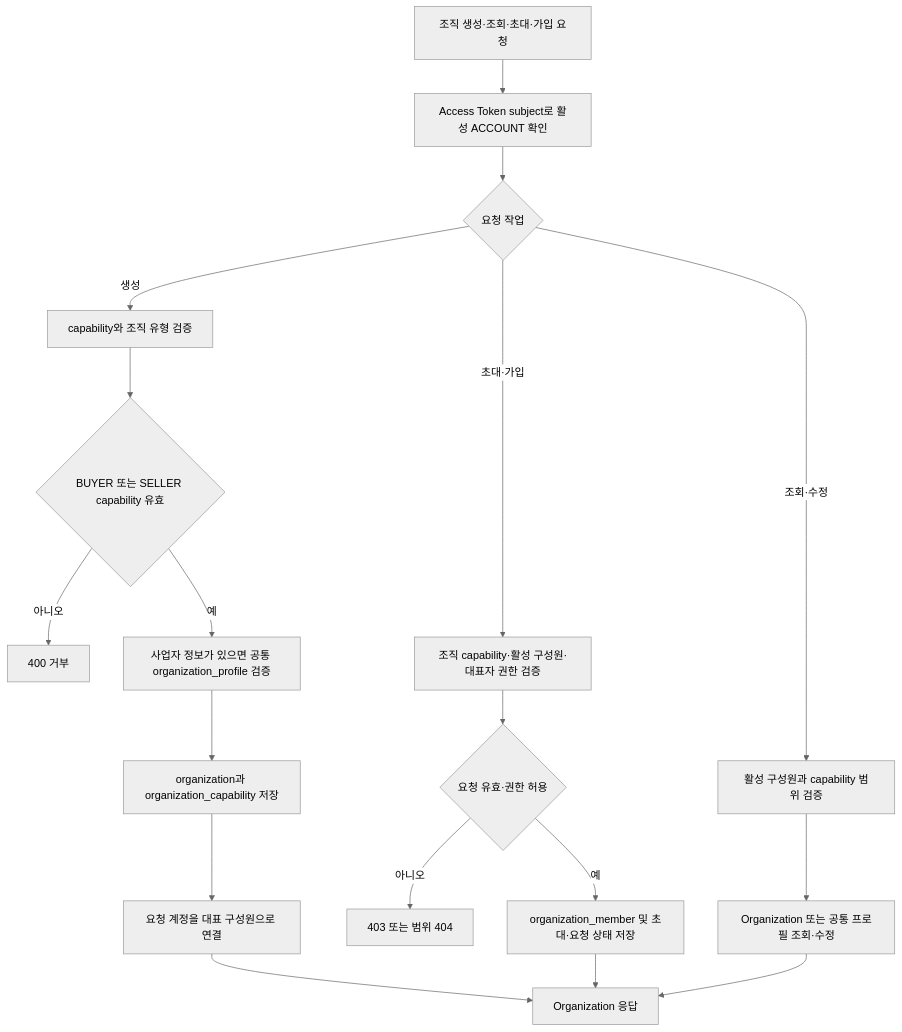
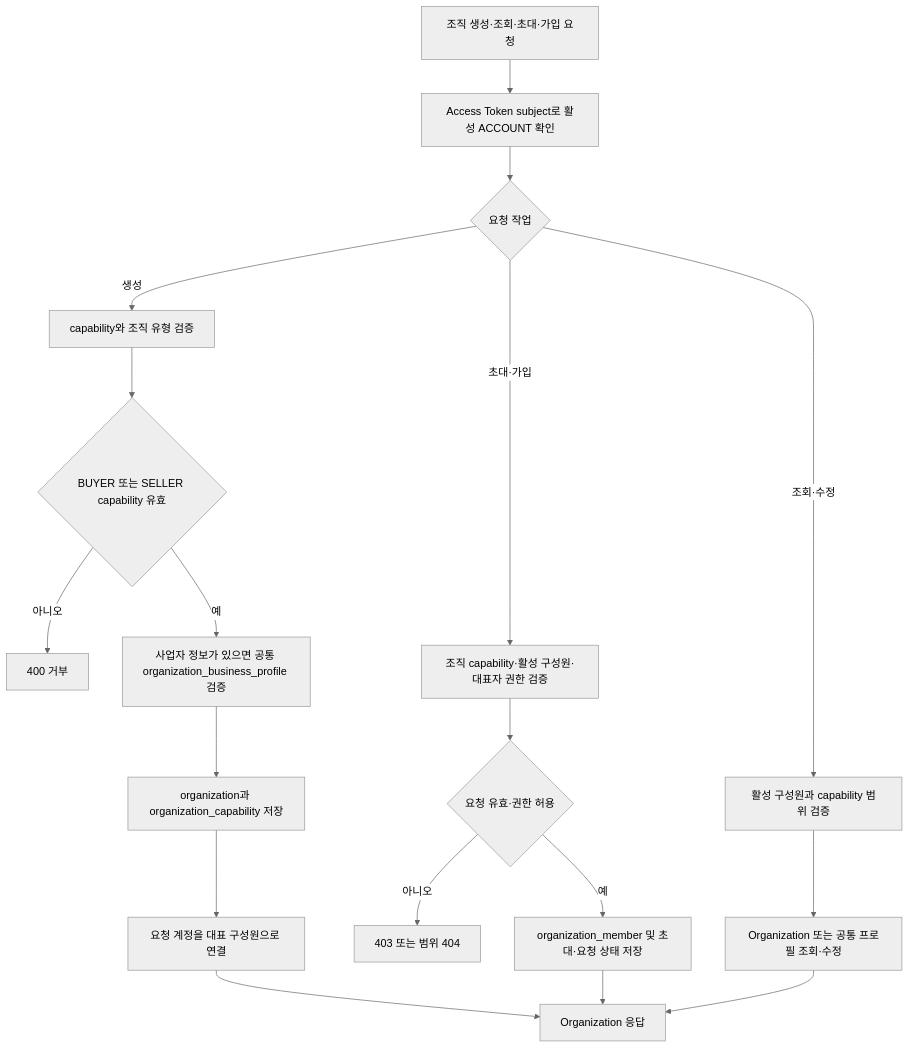
One commit to DongHyeonEom/umji-market-api changed the first of 5 diagrams in docs/services/account.md. Above: the diagram before and after it, drawn with Mermaid (neutral theme). The commit also changed other lines of this file and 20 other files, not shown here.

````diff
--- a/docs/services/account.md
+++ b/docs/services/account.md
@@ -24,20 +24,20 @@
 ```mermaid
 flowchart TD
     REQ[조직 생성·조회·초대·가입 요청] --> AUTH[Access Token subject로 활성 ACCOUNT 확인]
     AUTH --> ACTION{요청 작업}
     ACTION -- 생성 --> CAP[capability와 조직 유형 검증]
     CAP --> CAPOK{BUYER 또는 SELLER capability 유효}
     CAPOK -- 아니오 --> INVALID[400 거부]
-    CAPOK -- 예 --> PROFILE[사업자 정보가 있으면 공통 organization_profile 검증]
+    CAPOK -- 예 --> PROFILE[사업자 정보가 있으면 공통 organization_business_profile 검증]
     PROFILE --> ORG[organization과 organization_capability 저장]
     ORG --> MEMBER[요청 계정을 대표 구성원으로 연결]
     ACTION -- 초대·가입 --> MEMBERAUTH[조직 capability·활성 구성원·대표자 권한 검증]
     MEMBERAUTH --> DECISION{요청 유효·권한 허용}
     DECISION -- 아니오 --> DENY[403 또는 범위 404]
     DECISION -- 예 --> CHANGE[organization_member 및 초대·요청 상태 저장]
     ACTION -- 조회·수정 --> SCOPE[활성 구성원과 capability 범위 검증]
     SCOPE --> READWRITE[Organization 또는 공통 프로필 조회·수정]
     MEMBER --> RESPONSE[Organization 응답]
     CHANGE --> RESPONSE
     READWRITE --> RESPONSE
 ```
````
